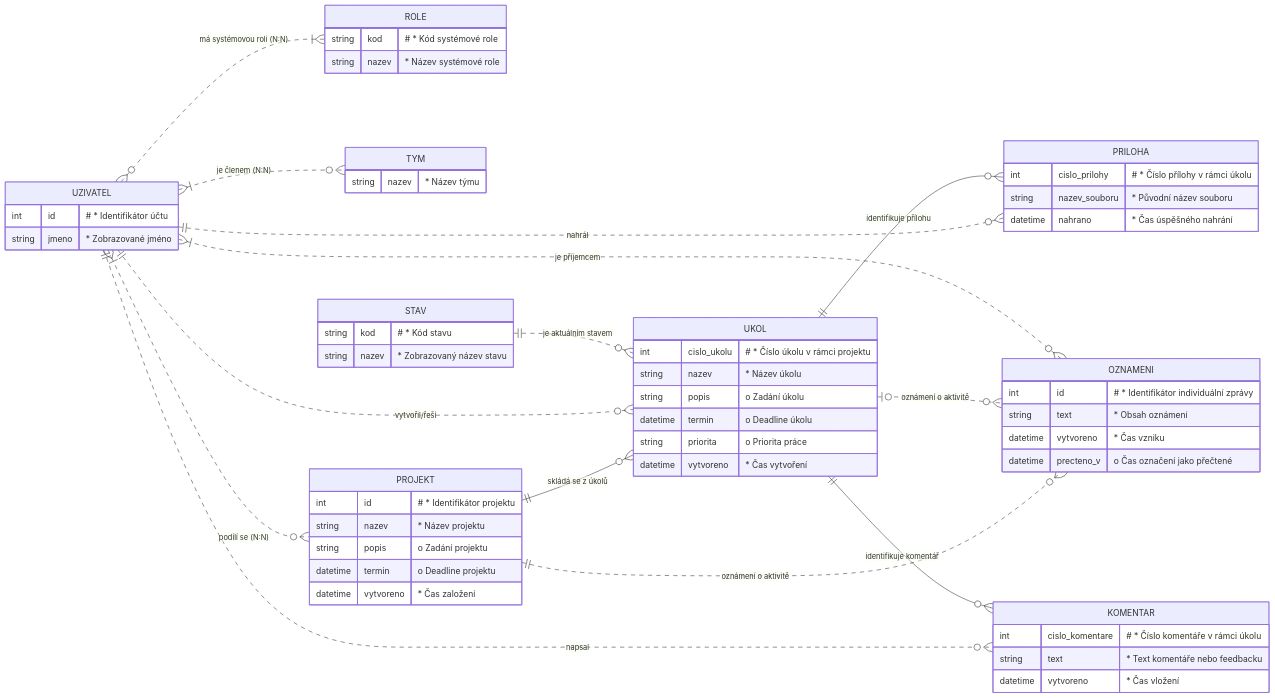
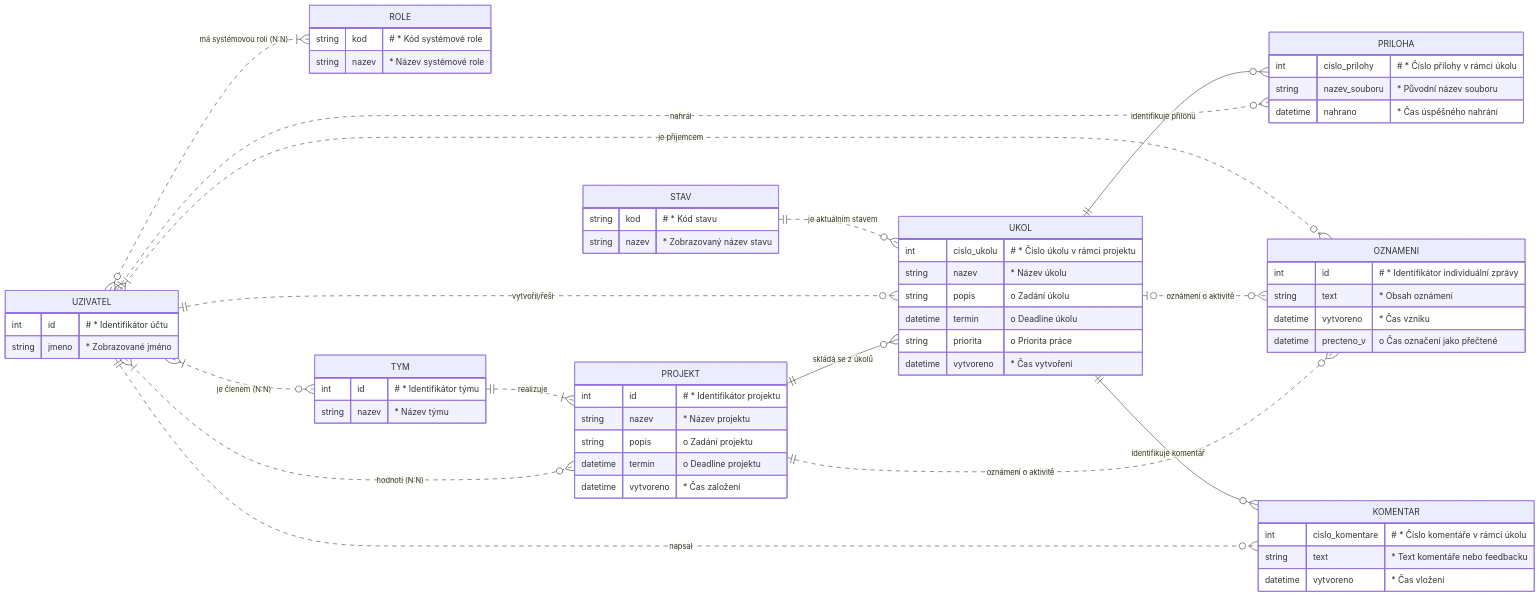
One commit to KulisciOsu/StudentFlow changed the diagram in documents/ELABORATION/StudentFlow_ER.mmd. Above: the diagram before and after it, drawn with Mermaid. The commit also changed 1 other file, not shown here.

Commit message:
ER diagram fix

```diff
--- a/documents/ELABORATION/StudentFlow_ER.mmd
+++ b/documents/ELABORATION/StudentFlow_ER.mmd
@@ -1,178 +1,180 @@
 %% @title StudentFlow — konceptuální ER model
 %% @notation Nativní Mermaid erDiagram s tabulkovým zobrazením atributů.
 %% Hlavička, legenda a vzhled SVG jsou definované výhradně v následujícím JSON bloku.
 %% Běžný Mermaid tyto komentáře nezobrazuje; úplný export: npm --prefix tools/er-diagram run render
 %% @svg-begin
 %% {
 %%   "version": 1,
 %%   "id": "StudentFlow_ER",
 %%   "subtitle": "{entities} entit · {attributes} atributů · {relationships} vztahů. Nativní Mermaid ER s tabulkovými bloky entit.",
 %%   "metadata": {"kind": "conceptual ER", "notation": "native Mermaid ER"},
 %%   "mermaid": {
 %%     "theme": "neutral",
 %%     "fontFamily": "Arial, sans-serif",
 %%     "deterministicIds": true,
 %%     "deterministicIDSeed": "StudentFlow_ER",
 %%     "er": {"useMaxWidth": false, "layoutDirection": "LR"}
 %%   },
 %%   "style": {
 %%     "background": "white",
 %%     "fontFamily": "Arial, sans-serif",
 %%     "textColor": "#1e293b",
 %%     "cardFill": "#f8fafc",
 %%     "cardStroke": "#cbd5e1",
 %%     "symbolStroke": "#334155",
 %%     "symbolStrokeWidth": 1.8,
 %%     "titleSize": 27,
 %%     "subtitleSize": 17,
 %%     "cardTitleSize": 20,
 %%     "textSize": 18,
 %%     "noteSize": 16
 %%   },
 %%   "layout": {
 %%     "margin": 20,
 %%     "headingX": 24,
 %%     "titleY": 38,
 %%     "subtitleY": 66,
 %%     "legendX": 24,
 %%     "legendY": 90,
 %%     "cardWidth": 456.2,
 %%     "cardHeight": 236,
 %%     "cardGap": 16,
 %%     "cardPadding": 16,
 %%     "cardTitleY": 32,
 %%     "cardNoteY": 214,
 %%     "cardRadius": 8,
 %%     "diagramGap": 30
 %%   },
 %%   "legend": [
 %%     {
 %%       "title": "Povinnost a kardinalita",
 %%       "rowStart": 66, "rowStep": 36, "symbolOffset": 57, "textOffset": 96,
 %%       "items": [
 %%         {"symbol": "bar", "text": "Povinná vazba"},
 %%         {"symbol": "circle", "text": "Nepovinná vazba"},
 %%         {"symbol": "bar", "text": "Kardinalita 1"},
 %%         {"symbol": "crow-foot", "text": "Kardinalita N"}
 %%       ]
 %%     },
 %%     {
 %%       "title": "Typ spojnice",
 %%       "rowStart": 66, "rowStep": 66, "symbolOffset": 16, "textOffset": 96,
 %%       "textWeight": 700, "descriptionOffset": 27,
 %%       "items": [
 %%         {"symbol": "solid-line", "text": "Identifikující", "description": "Vlastník je součástí identifikace."},
 %%         {"symbol": "dashed-line", "text": "Neidentifikující", "description": "Identifikace na této vazbě nezávisí."}
 %%       ],
 %%       "note": "Povinnost určují koncové značky."
 %%     },
 %%     {
 %%       "title": "Značky atributů",
 %%       "rowStart": 66, "rowStep": 42, "symbolOffset": 18, "textOffset": 62,
 %%       "symbolSize": 22,
 %%       "items": [
 %%         {"symbol": "text", "value": "#", "text": "Součást identifikace"},
 %%         {"symbol": "text", "value": "*", "text": "Povinný atribut"},
 %%         {"symbol": "text", "value": "o", "text": "Nepovinný atribut"}
 %%       ],
 %%       "note": "# * = povinná složka identifikace"
 %%     },
 %%     {
 %%       "title": "Datové typy",
 %%       "rowStart": 58, "rowStep": 31, "symbolOffset": 16, "textOffset": 130,
 %%       "symbolSize": 18,
 %%       "items": [
 %%         {"symbol": "text", "value": "int", "text": "celé číslo"},
 %%         {"symbol": "text", "value": "string", "text": "text"},
 %%         {"symbol": "text", "value": "datetime", "text": "datum a čas"},
 %%         {"symbol": "text", "value": "binary", "text": "bajty souboru"}
 %%       ]
 %%     }
 %%   ]
 %% }
 %% @svg-end
 %% @rule Členství je aktuální N:N vztah uživatel–tým; systémové role tvoří samostatný číselník ROLE.
 %% @rule Jedna ROLE je jeden typ systémové role, identifikovaný povinným unikátním kódem; název je povinný text.
 %% @rule Doména ROLE.kod: CLEN_TYMU, VEDOUCI_TYMU, VYUCUJICI.
 %% @rule Jeden UZIVATEL má 1..N rolí; jedna ROLE je přiřazena 0..N uživatelům.
 %% @rule TYM je slabá entita identifikovaná pouze projektem; vlastní identifikační atribut nemá. Jeden PROJEKT má právě jeden TYM a jeden TYM patří právě jednomu PROJEKTU.
 %% @rule Úkol identifikuje projekt a číslo úkolu.
 %% @rule Jedna PRILOHA představuje jedno nahrání souboru k úkolu. Identifikuje ji projekt, číslo úkolu a lokální číslo přílohy.
 %% @rule Jeden KOMENTAR představuje jeden příspěvek k úkolu, případně k jeho příloze. Identifikuje jej projekt, číslo úkolu a lokální číslo komentáře.
 %% @rule Čísla úkolů, příloh a komentářů jsou kladná celá čísla. Číslo úkolu je unikátní v projektu; číslo přílohy a číslo komentáře jsou každé samostatně unikátní v úkolu.
 %% @rule Jeden UKOL má 0..N příloh a každá PRILOHA patří právě jednomu UKOLU. Jeden UKOL má 0..N komentářů a každý KOMENTAR patří právě jednomu UKOLU.
 %% @rule Jeden UKOL má právě jeden aktuální STAV; jeden STAV může mít 0..N úkolů. Historie změn se v tomto modelu neeviduje.
 %% @rule Jeden KOMENTAR může upřesňovat nejvýše jednu PRILOHU; jedna PRILOHA může mít 0..N komentářů. Tato vazba je neidentifikující a příloha musí patřit ke stejnému úkolu jako komentář.
 %% @rule Přílohy i komentáře jsou vedeny výhradně u úkolů; projekt je dostupný přes identifikační vztah úkolu.
 %% @source documents/INCEPTION/USE_CASE.md; identifikace a vazby upraveny podle výslovného zadání uživatele.
 erDiagram
     direction LR
 
     UZIVATEL {
         int id "# * Identifikátor účtu"
         string jmeno "* Zobrazované jméno"
     }
 
     ROLE {
         string kod "# * Kód systémové role"
         string nazev "* Název systémové role"
     }
 
     TYM {
+        int id "# * Identifikátor týmu"
         string nazev "* Název týmu"
     }
 
     PROJEKT {
         int id "# * Identifikátor projektu"
         string nazev "* Název projektu"
         string popis "o Zadání projektu"
         datetime termin "o Deadline projektu"
         datetime vytvoreno "* Čas založení"
     }
 
     UKOL {
         int cislo_ukolu "# * Číslo úkolu v rámci projektu"
         string nazev "* Název úkolu"
         string popis "o Zadání úkolu"
         datetime termin "o Deadline úkolu"
         string priorita "o Priorita práce"
         datetime vytvoreno "* Čas vytvoření"
     }
 
     STAV {
         string kod "# * Kód stavu"
         string nazev "* Zobrazovaný název stavu"
     }
 
     PRILOHA {
         int cislo_prilohy "# * Číslo přílohy v rámci úkolu"
         string nazev_souboru "* Původní název souboru"
         datetime nahrano "* Čas úspěšného nahrání"
     }
 
     KOMENTAR {
         int cislo_komentare "# * Číslo komentáře v rámci úkolu"
         string text "* Text komentáře nebo feedbacku"
         datetime vytvoreno "* Čas vložení"
     }
 
     OZNAMENI {
         int id "# * Identifikátor individuální zprávy"
         string text "* Obsah oznámení"
         datetime vytvoreno "* Čas vzniku"
         datetime precteno_v "o Čas označení jako přečtené"
     }
 
     UZIVATEL }o..|{ ROLE : "má systémovou roli (N:N)"
     UZIVATEL }|..o{ TYM : "je členem (N:N)"
-    UZIVATEL }|..o{ PROJEKT : "podílí se (N:N)"
+    UZIVATEL }|..o{ PROJEKT : "hodnotí (N:N)"
+    TYM ||..|{ PROJEKT : "realizuje"
     PROJEKT ||--o{ UKOL : "skládá se z úkolů"
     UZIVATEL ||..o{ UKOL : "vytvořil/řeší"
     STAV ||..o{ UKOL : "je aktuálním stavem"
     UZIVATEL ||..o{ PRILOHA : "nahrál"
     UKOL ||--o{ PRILOHA : "identifikuje přílohu"
     UZIVATEL ||..o{ KOMENTAR : "napsal"
     UKOL ||--o{ KOMENTAR : "identifikuje komentář"
     PROJEKT ||..o{ OZNAMENI : "oznámení o aktivitě"
     UKOL |o..o{ OZNAMENI : "oznámení o aktivitě"
     UZIVATEL }|..o{ OZNAMENI : "je příjemcem"
```
